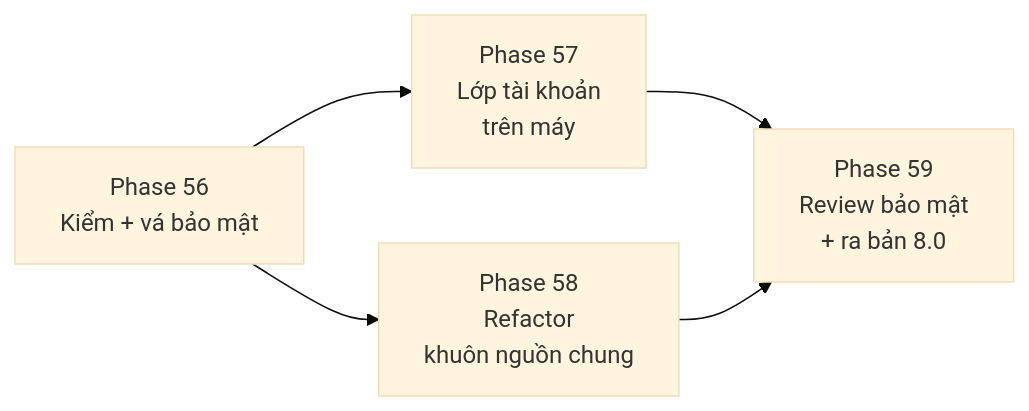
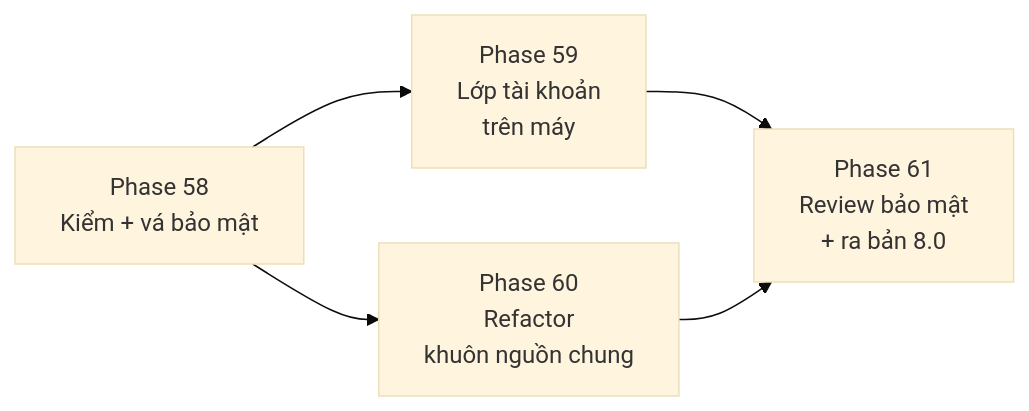
One commit to nvminhtu/niche-radar-docs changed the diagram in docs/web/version-8.md. Above: the diagram before and after it, drawn with Mermaid (base theme). The commit also changed other lines of this file and 298 other files, not shown here.

Commit message:
docs: sync — Reddit Gap 9b → 10, thêm Phase 11 Research nguồn gap, phase từ 10 lùi 2; trạng thái Phase 1–7 khớp code

````diff
--- a/docs/web/version-8.md
+++ b/docs/web/version-8.md
@@ -22,6 +22,6 @@
 ```mermaid
 flowchart LR
-  S[Phase 56<br/>Kiểm + vá bảo mật] --> A[Phase 57<br/>Lớp tài khoản<br/>trên máy]
-  S --> R[Phase 58<br/>Refactor<br/>khuôn nguồn chung]
-  A & R --> V[Phase 59<br/>Review bảo mật<br/>+ ra bản 8.0]
+  S[Phase 58<br/>Kiểm + vá bảo mật] --> A[Phase 59<br/>Lớp tài khoản<br/>trên máy]
+  S --> R[Phase 60<br/>Refactor<br/>khuôn nguồn chung]
+  A & R --> V[Phase 61<br/>Review bảo mật<br/>+ ra bản 8.0]
 ```
````
